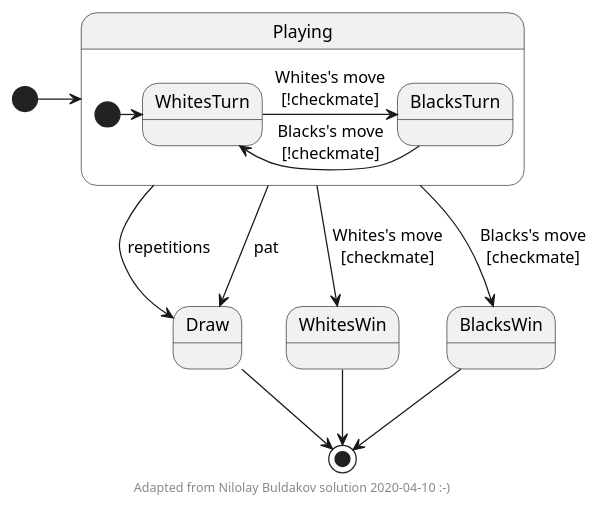
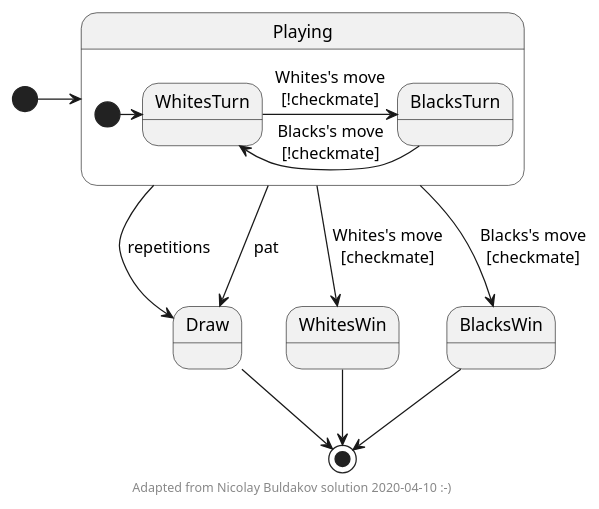
One commit to jmbruel/InnopolisDesignPatterns changed the diagram in materials/images/chess.plantuml. Above: the diagram before and after it, drawn with PlantUML. The commit also changed 5 other files, not shown here.

```diff
--- a/materials/images/chess.plantuml
+++ b/materials/images/chess.plantuml
@@ -1,26 +1,26 @@
 @startuml
 
 '-----------------------------------
 ' UML patterns illustrated
 ' JMB 2014
 ' 2020 version, in English from IU class
 ' Adapted from Nikolay Buldakov
 '-----------------------------------
 
 [*] -> Nominal
 state Nominal as "Playing" {
 [*] -> WhitesTurn
 WhitesTurn -> BlacksTurn : Whites's move\n[!checkmate]
 BlacksTurn -> WhitesTurn : Blacks's move\n[!checkmate]
 }
 Nominal --> Draw  : repetitions
 Nominal --> Draw  : pat
 Nominal --> WhitesWin : Whites's move\n[checkmate]
 Nominal --> BlacksWin : Blacks's move\n[checkmate]
 WhitesWin --> [*]
 BlacksWin --> [*]
 Draw --> [*]
 
-center footer Adapted from Nilolay Buldakov solution 2020-04-10 :-)
+center footer Adapted from Nicolay Buldakov solution 2020-04-10 :-)
 
 @enduml
```
